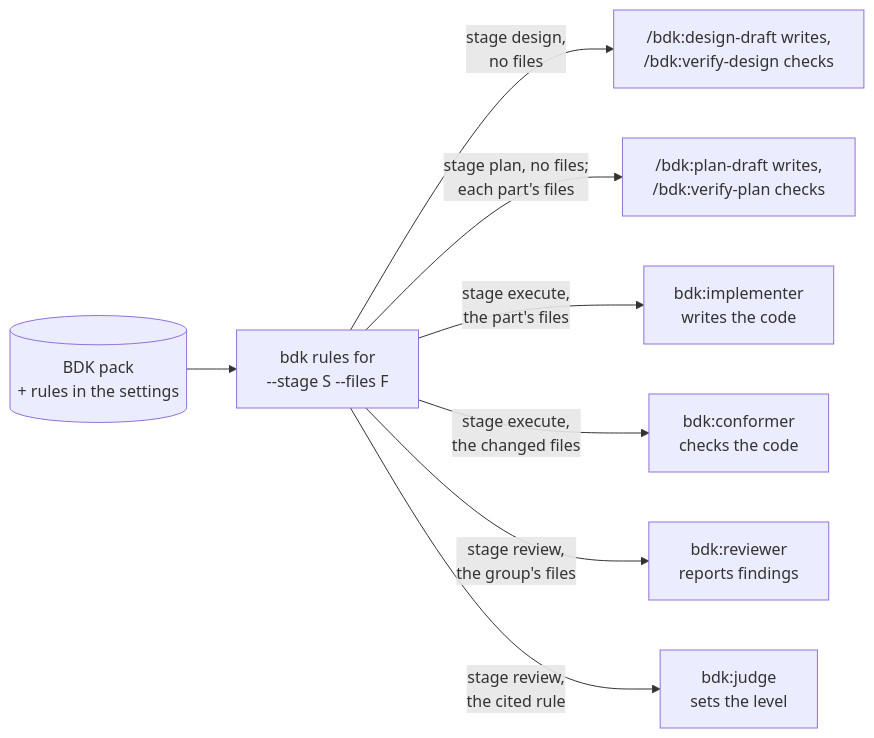
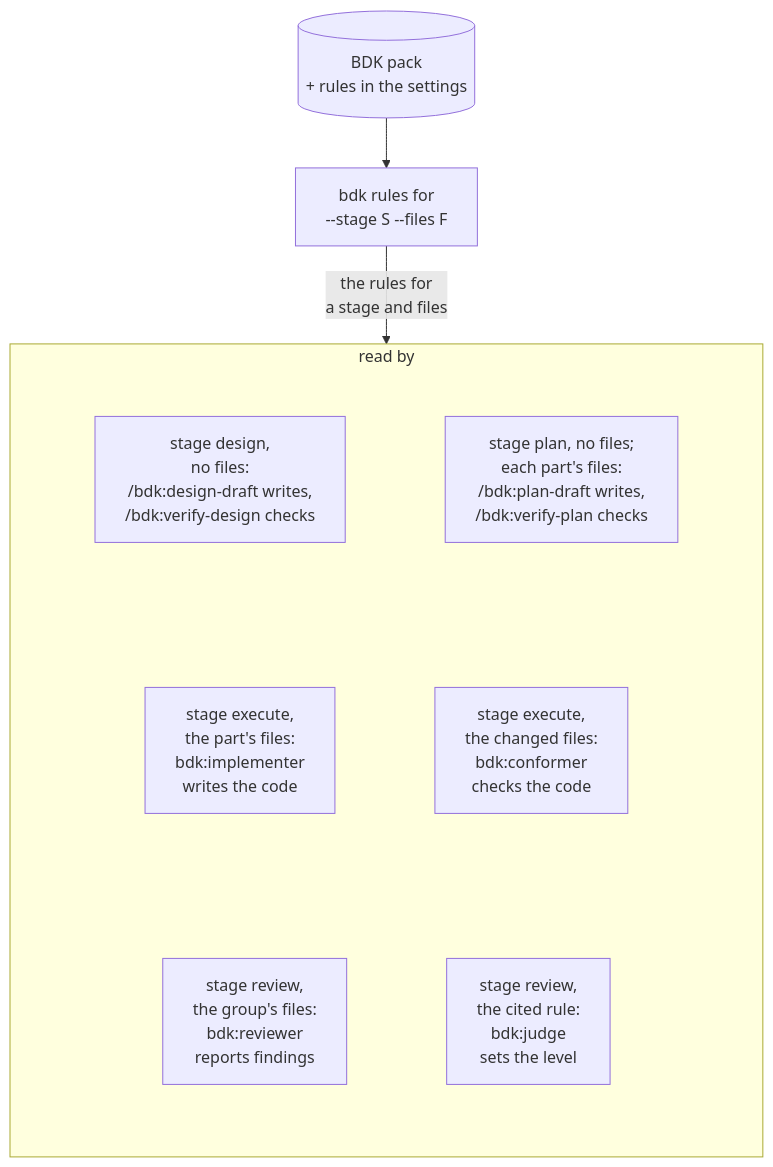
One commit to broneq/bdk changed the diagram in docs/concepts/rules.md. Above: the diagram before and after it, drawn with Mermaid. The commit also changed 20 other files, not shown here.

First line of the commit message:
fix(docs): fit every diagram into the content column

````diff
--- a/docs/concepts/rules.md
+++ b/docs/concepts/rules.md
@@ -20,10 +20,24 @@
 ```mermaid
-flowchart LR
+flowchart TB
   R[("BDK pack<br/>+ rules in the settings")] --> S["bdk rules for<br/>--stage S --files F"]
-  S -->|"stage design,<br/>no files"| D["/bdk:design-draft writes,<br/>/bdk:verify-design checks"]
-  S -->|"stage plan, no files;<br/>each part's files"| P["/bdk:plan-draft writes,<br/>/bdk:verify-plan checks"]
-  S -->|"stage execute,<br/>the part's files"| I["bdk:implementer<br/>writes the code"]
-  S -->|"stage execute,<br/>the changed files"| C["bdk:conformer<br/>checks the code"]
-  S -->|"stage review,<br/>the group's files"| V["bdk:reviewer<br/>reports findings"]
-  S -->|"stage review,<br/>the cited rule"| J["bdk:judge<br/>sets the level"]
+  S -->|"the rules for<br/>a stage and files"| RD
+  subgraph RD["read by"]
+    direction TB
+    subgraph RA[" "]
+      direction LR
+      A1["stage design,<br/>no files:<br/>/bdk:design-draft writes,<br/>/bdk:verify-design checks"] ~~~ A2["stage plan, no files;<br/>each part's files:<br/>/bdk:plan-draft writes,<br/>/bdk:verify-plan checks"]
+    end
+    subgraph RB[" "]
+      direction LR
+      B1["stage execute,<br/>the part's files:<br/>bdk:implementer<br/>writes the code"] ~~~ B2["stage execute,<br/>the changed files:<br/>bdk:conformer<br/>checks the code"]
+    end
+    subgraph RC[" "]
+      direction LR
+      C1["stage review,<br/>the group's files:<br/>bdk:reviewer<br/>reports findings"] ~~~ C2["stage review,<br/>the cited rule:<br/>bdk:judge<br/>sets the level"]
+    end
+    RA ~~~ RB ~~~ RC
+  end
+  style RA fill:transparent,stroke:transparent
+  style RB fill:transparent,stroke:transparent
+  style RC fill:transparent,stroke:transparent
 ```
````
